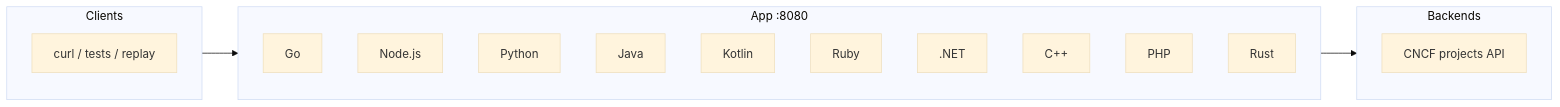
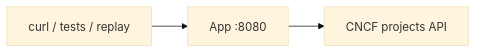
Before and after one commit to speedscale/mock-lab: the diagram in README.md, drawn with Mermaid (base theme).

Commit message:
docs: flatten the README architecture diagram
Ten stacked language nodes overflow on GitHub; the table already lists runtimes.

````diff
--- a/README.md
+++ b/README.md
@@ -12,26 +12,4 @@
 ```mermaid
 flowchart LR
-    subgraph clients["Clients"]
-        c["curl / tests / replay"]
-    end
-
-    subgraph app["App :8080"]
-        direction TB
-        go[Go]
-        node["Node.js"]
-        python[Python]
-        java[Java]
-        kotlin[Kotlin]
-        ruby[Ruby]
-        dotnet[".NET"]
-        cpp["C++"]
-        php[PHP]
-        rust[Rust]
-    end
-
-    subgraph backends["Backends"]
-        api["CNCF projects API"]
-    end
-
-    clients --> app --> backends
+    clients["curl / tests / replay"] --> app["App :8080"] --> api["CNCF projects API"]
 ```
````
